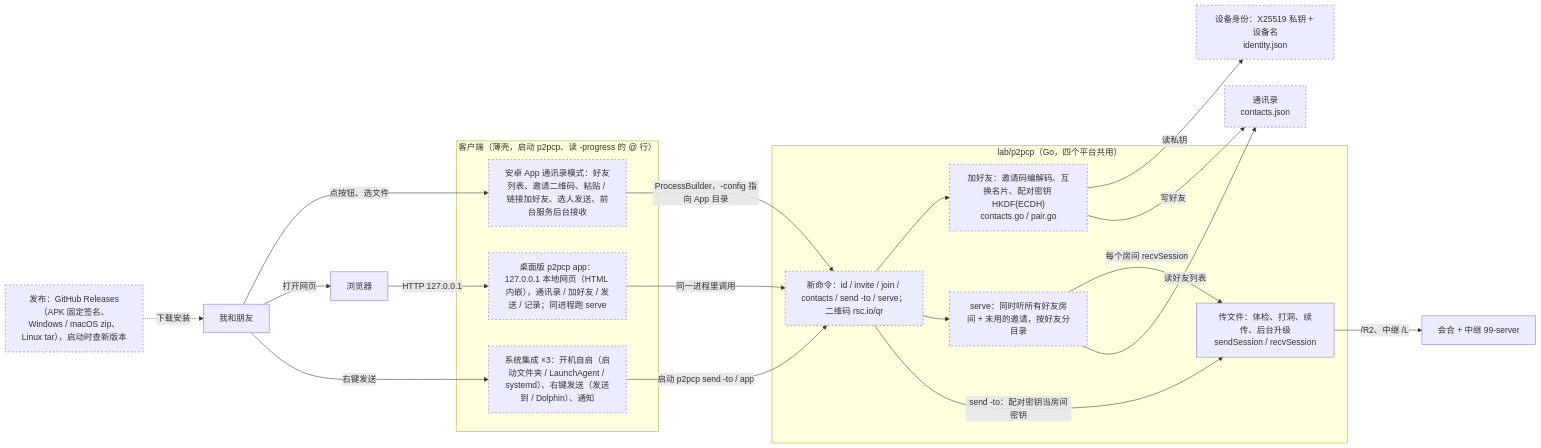
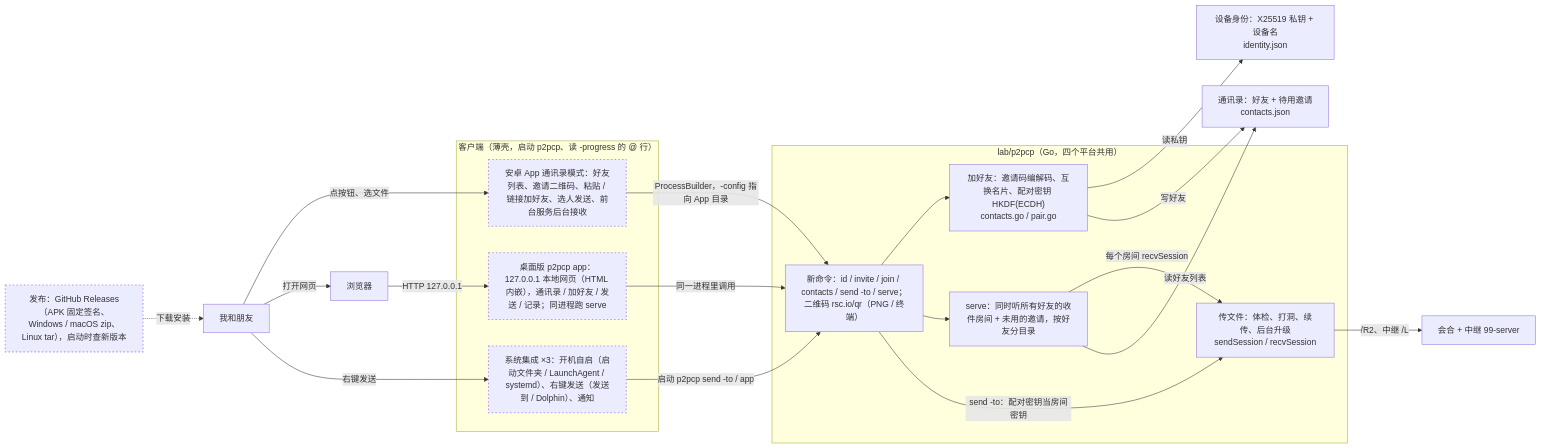
One commit to numb747/uu-remote-study changed the diagram in docs/arch/34-contacts.mmd. Above: the diagram before and after it, drawn with Mermaid. The commit also changed 2 other files, not shown here.

Commit message:
架构设计：给朋友用的第 1 步落图，DESIGN 记下决策 15~18
- 27-flow-pairing 全部转成正式节点；34-contacts 的 cli / serve / pair / identity / store 转正
- DESIGN：第 1 步勾掉；收件房间按方向分、邀请码只能用一次的顺序、join 20 秒、serve 的实现

```diff
--- a/docs/arch/34-contacts.mmd
+++ b/docs/arch/34-contacts.mmd
@@ -1,41 +1,44 @@
 flowchart LR
   me["我和朋友"]
   browser["浏览器"]
   subgraph clients["客户端（薄壳，启动 p2pcp、读 -progress 的 @ 行）"]
     android["安卓 App 通讯录模式：好友列表、邀请二维码、粘贴 / 链接加好友、选人发送、前台服务后台接收"]:::planned
     webui["桌面版 p2pcp app：127.0.0.1 本地网页（HTML 内嵌），通讯录 / 加好友 / 发送 / 记录；同进程跑 serve"]:::planned
     osint["系统集成 ×3：开机自启（启动文件夹 / LaunchAgent / systemd）、右键发送（发送到 / Dolphin）、通知"]:::planned
   end
   subgraph core["lab/p2pcp（Go，四个平台共用）"]
-    cli["新命令：id / invite / join / contacts / send -to / serve；二维码 rsc.io/qr"]:::planned
-    serve["serve：同时听所有好友房间 + 未用的邀请，按好友分目录"]:::planned
-    pair["加好友：邀请码编解码、互换名片、配对密钥 HKDF(ECDH)<br/>contacts.go / pair.go"]:::planned
+    cli["新命令：id / invite / join / contacts / send -to / serve；二维码 rsc.io/qr（PNG / 终端）"]
+    serve["serve：同时听所有好友的收件房间 + 未用的邀请，按好友分目录"]
+    pair["加好友：邀请码编解码、互换名片、配对密钥 HKDF(ECDH)<br/>contacts.go / pair.go"]
     xfer["传文件：体检、打洞、续传、后台升级<br/>sendSession / recvSession"]
   end
-  identity["设备身份：X25519 私钥 + 设备名<br/>identity.json"]:::planned
-  store["通讯录<br/>contacts.json"]:::planned
+  identity["设备身份：X25519 私钥 + 设备名<br/>identity.json"]
+  store["通讯录：好友 + 待用邀请<br/>contacts.json"]
   rdv["会合 + 中继 99-server"]
   release["发布：GitHub Releases（APK 固定签名、Windows / macOS zip、Linux tar），启动时查新版本"]:::planned
 
   me -->|"点按钮、选文件"| android
   me -->|"打开网页"| browser
   browser -->|"HTTP 127.0.0.1"| webui
   me -->|"右键发送"| osint
   osint -->|"启动 p2pcp send -to / app"| cli
   android -->|"ProcessBuilder，-config 指向 App 目录"| cli
   webui -->|"同一进程里调用"| cli
   cli --> pair
   cli --> serve
   cli -->|"send -to：配对密钥当房间密钥"| xfer
   serve -->|"每个房间 recvSession"| xfer
   pair -->|"读私钥"| identity
   pair -->|"写好友"| store
   serve -->|"读好友列表"| store
   xfer -->|"/R2、中继 /L"| rdv
   release -.->|"下载安装"| me
 
 %% @src xfer lab/p2pcp/transfer.go func sendSession(
+%% @src cli lab/p2pcp/main.go case "invite":
+%% @src serve lab/p2pcp/pair.go func serve(o opts)
+%% @src pair lab/p2pcp/contacts.go func pairSecret(
 %% @src rdv lab/punch/main.go func runServer
 %% @link pair 27-flow-pairing.mmd
 %% @link xfer 24-flow-p2pcp.mmd
 classDef planned stroke:#bb9af7,stroke-width:2px,stroke-dasharray:3 4
```
